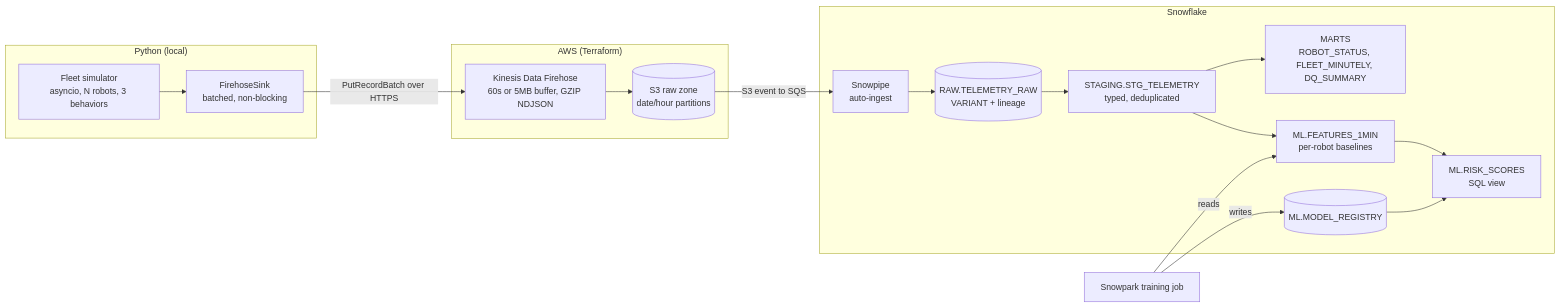
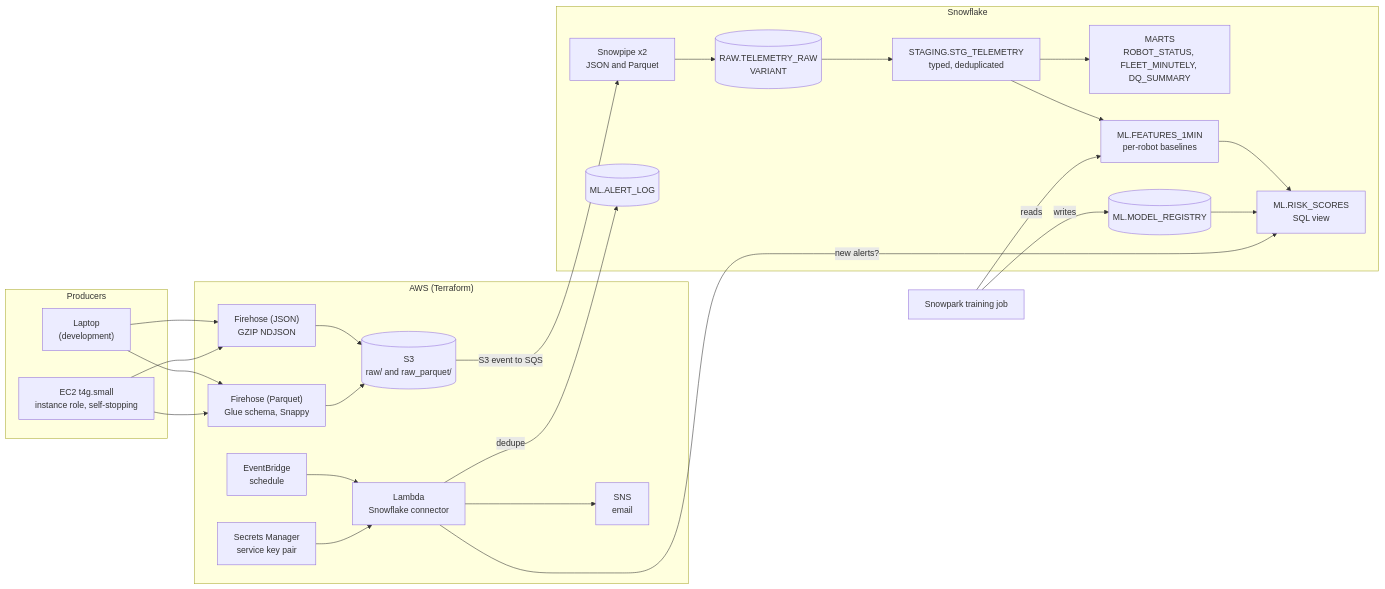
The diagram in README.md (Divam-Trivedi/fleetpulse), drawn with Mermaid before and after one commit. The commit also changed other lines of this file and 2 other files, not shown here.

Commit message:
Added Docs for EC2 and Parquet and Alerts

````diff
--- a/README.md
+++ b/README.md
@@ -11,29 +11,43 @@
 ```mermaid
 flowchart LR
-  subgraph PY["Python (local)"]
-    SIM["Fleet simulator<br/>asyncio, N robots, 3 behaviors"]
-    SINK["FirehoseSink<br/>batched, non-blocking"]
-    SIM --> SINK
+  subgraph PROD["Producers"]
+    LAP["Laptop<br/>(development)"]
+    EC2["EC2 t4g.small<br/>instance role, self-stopping"]
   end
   subgraph AWS["AWS (Terraform)"]
-    FH["Kinesis Data Firehose<br/>60s or 5MB buffer, GZIP NDJSON"]
-    S3[("S3 raw zone<br/>date/hour partitions")]
-    FH --> S3
+    FHJ["Firehose (JSON)<br/>GZIP NDJSON"]
+    FHP["Firehose (Parquet)<br/>Glue schema, Snappy"]
+    S3[("S3<br/>raw/ and raw_parquet/")]
+    EB["EventBridge<br/>schedule"]
+    LAM["Lambda<br/>Snowflake connector"]
+    SEC["Secrets Manager<br/>service key pair"]
+    SNS["SNS<br/>email"]
   end
   subgraph SF["Snowflake"]
-    PIPE["Snowpipe<br/>auto-ingest"]
-    RAW[("RAW.TELEMETRY_RAW<br/>VARIANT + lineage")]
+    PIPE["Snowpipe x2<br/>JSON and Parquet"]
+    RAW[("RAW.TELEMETRY_RAW<br/>VARIANT")]
     STG["STAGING.STG_TELEMETRY<br/>typed, deduplicated"]
     MARTS["MARTS<br/>ROBOT_STATUS, FLEET_MINUTELY, DQ_SUMMARY"]
     FEAT["ML.FEATURES_1MIN<br/>per-robot baselines"]
     REG[("ML.MODEL_REGISTRY")]
     SCORE["ML.RISK_SCORES<br/>SQL view"]
+    LOG[("ML.ALERT_LOG")]
     PIPE --> RAW --> STG --> MARTS
     STG --> FEAT --> SCORE
     REG --> SCORE
   end
-  SINK -- "PutRecordBatch over HTTPS" --> FH
+  LAP --> FHJ
+  LAP --> FHP
+  EC2 --> FHJ
+  EC2 --> FHP
+  FHJ --> S3
+  FHP --> S3
   S3 -- "S3 event to SQS" --> PIPE
+  EB --> LAM
+  SEC --> LAM
+  LAM -- "new alerts?" --> SCORE
+  LAM -- "dedupe" --> LOG
+  LAM --> SNS
   TRAIN["Snowpark training job"] -- reads --> FEAT
   TRAIN -- writes --> REG
 ```
````
